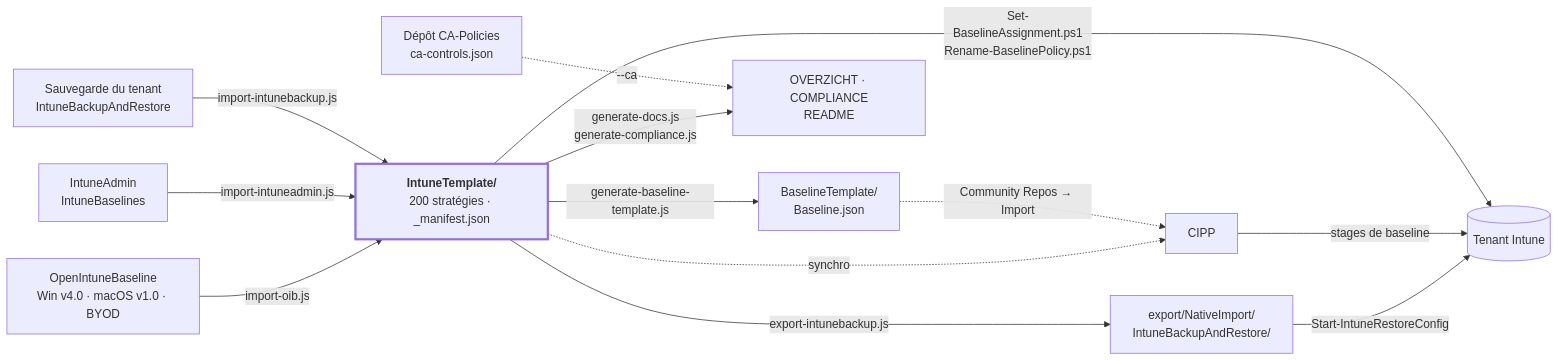
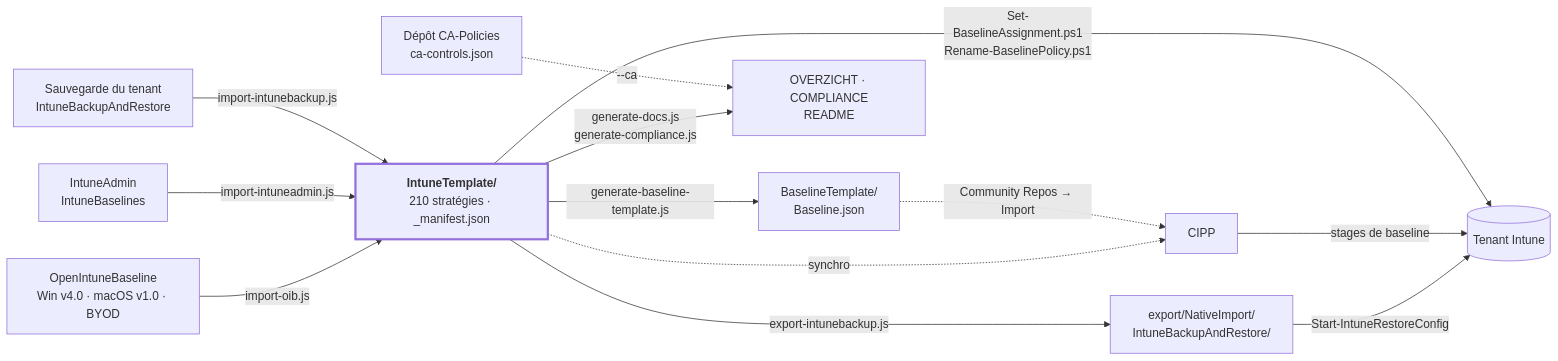
The diagram in docs/STRUCTUUR.fr.md (sjkanon/IntuneBackup), drawn with Mermaid before and after one commit. The commit also changed other lines of this file and 47 other files, not shown here.

````diff
--- a/docs/STRUCTUUR.fr.md
+++ b/docs/STRUCTUUR.fr.md
@@ -24,21 +24,21 @@
 ```mermaid
 flowchart LR
   OIB["OpenIntuneBaseline<br/>Win v4.0 · macOS v1.0 · BYOD"] -->|import-oib.js| T
   IA["IntuneAdmin<br/>IntuneBaselines"] -->|import-intuneadmin.js| T
   BK["Sauvegarde du tenant<br/>IntuneBackupAndRestore"] -->|import-intunebackup.js| T
 
-  T["<b>IntuneTemplate/</b><br/>200 stratégies · _manifest.json"]
+  T["<b>IntuneTemplate/</b><br/>210 stratégies · _manifest.json"]
 
   T -->|export-intunebackup.js| EX["export/NativeImport/<br/>IntuneBackupAndRestore/"]
   T -->|generate-baseline-template.js| BT["BaselineTemplate/<br/>Baseline.json"]
   T -->|generate-docs.js<br/>generate-compliance.js| DOC["OVERZICHT · COMPLIANCE<br/>README"]
   CA["Dépôt CA-Policies<br/>ca-controls.json"] -.->|--ca| DOC
 
   T -.->|synchro| CIPP["CIPP"]
   BT -.->|Community Repos → Import| CIPP
   EX -->|Start-IntuneRestoreConfig| TEN[("Tenant Intune")]
   CIPP -->|stages de baseline| TEN
   T -->|Set-BaselineAssignment.ps1<br/>Rename-BaselinePolicy.ps1| TEN
 
   style T stroke-width:3px
 ```
````
